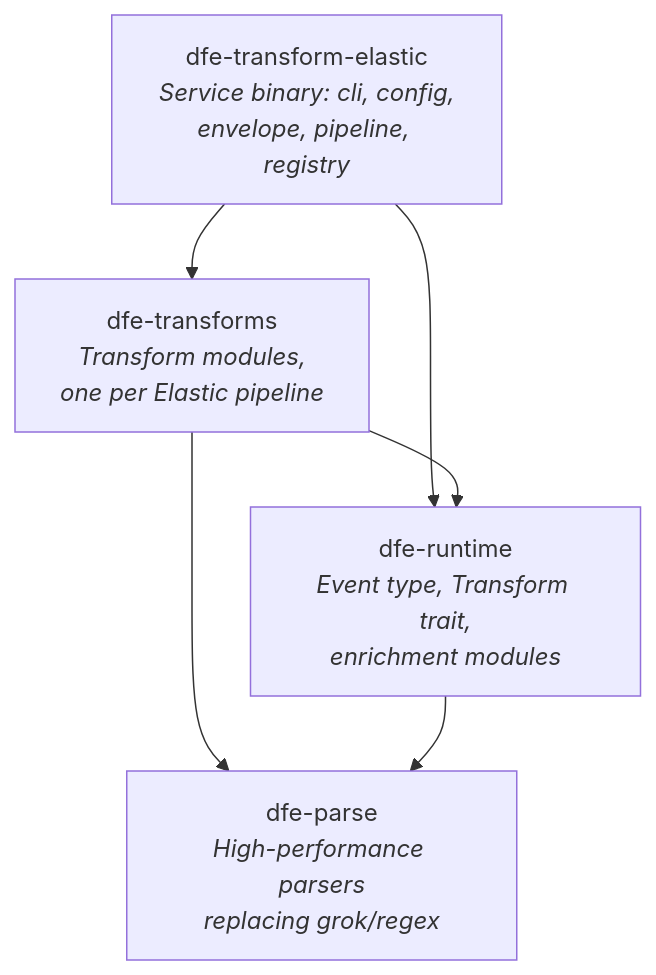
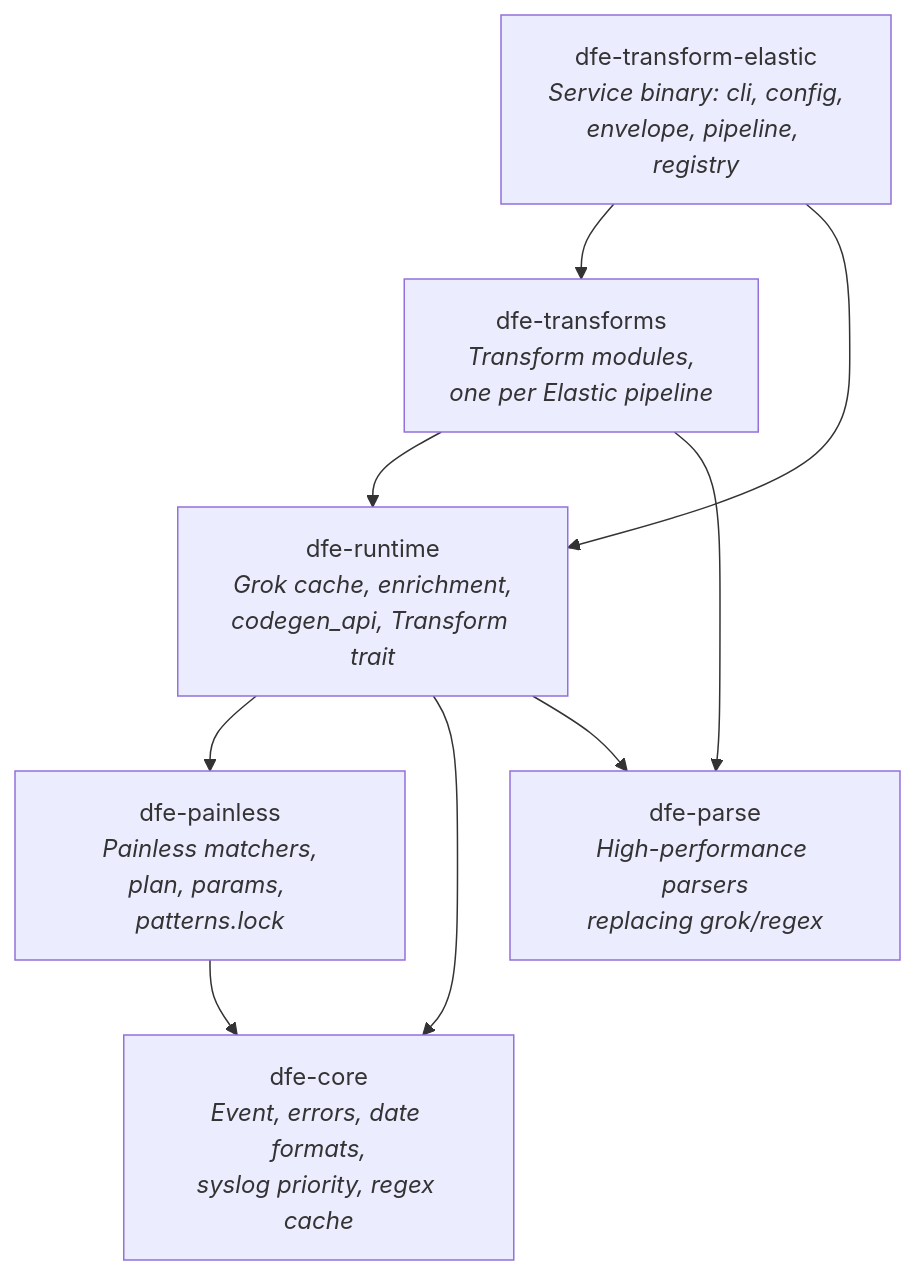
One commit to hyperi-io/dfe-transform-elastic changed the second of 8 diagrams in docs/DESIGN.md. Above: the diagram before and after it, drawn with Mermaid. The commit also changed other lines of this file and 1 other file, not shown here.

````diff
--- a/docs/DESIGN.md
+++ b/docs/DESIGN.md
@@ -118,13 +118,18 @@
 ```mermaid
 flowchart TD
     service[dfe-transform-elastic<br/><i>Service binary: cli, config,<br/>envelope, pipeline, registry</i>]
     transforms[dfe-transforms<br/><i>Transform modules,<br/>one per Elastic pipeline</i>]
-    runtime[dfe-runtime<br/><i>Event type, Transform trait,<br/>enrichment modules</i>]
+    runtime[dfe-runtime<br/><i>Grok cache, enrichment,<br/>codegen_api, Transform trait</i>]
+    painless[dfe-painless<br/><i>Painless matchers,<br/>plan, params, patterns.lock</i>]
+    core[dfe-core<br/><i>Event, errors, date formats,<br/>syslog priority, regex cache</i>]
     parse[dfe-parse<br/><i>High-performance parsers<br/>replacing grok/regex</i>]
 
     service --> transforms
     service --> runtime
     transforms --> runtime
     transforms --> parse
+    runtime --> painless
+    runtime --> core
     runtime --> parse
+    painless --> core
 ```
````
